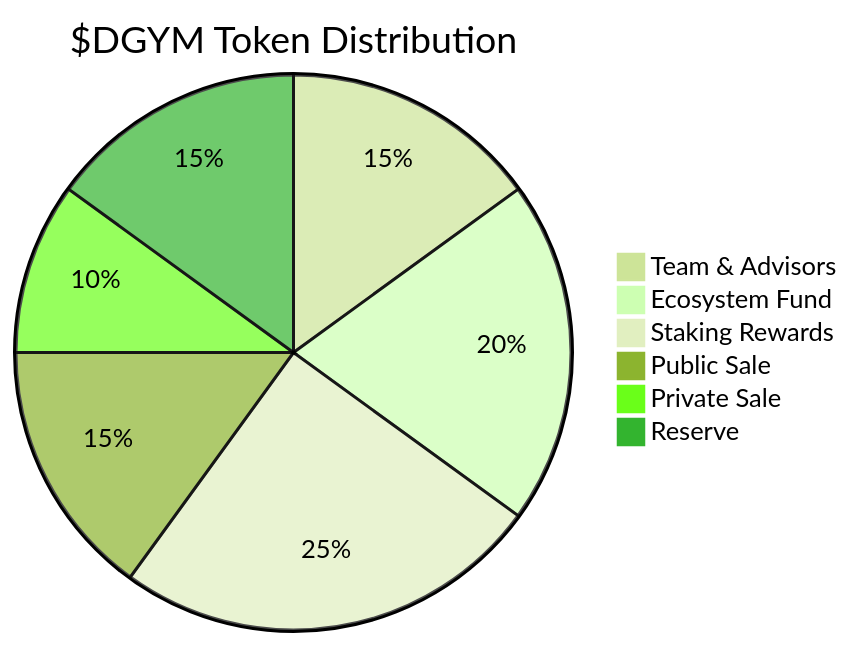
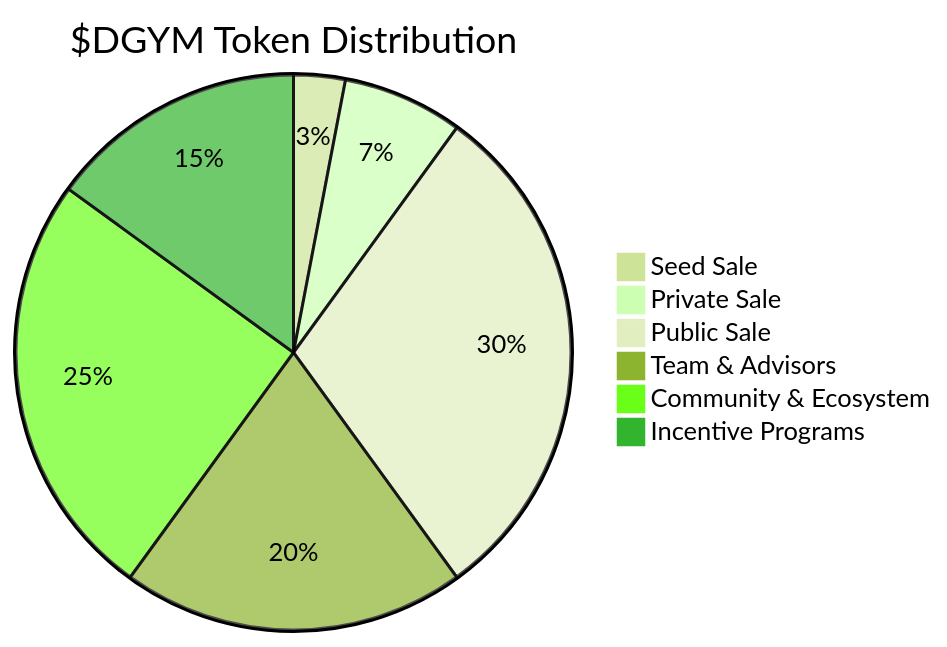
Before and after one commit to DeGym/documentation: the diagram in gym-dao/usddgym-tokenomics.md, drawn with Mermaid. The commit also changed other lines of this file and 1 other file, not shown here.

````diff
--- a/gym-dao/usddgym-tokenomics.md
+++ b/gym-dao/usddgym-tokenomics.md
@@ -19,12 +29,13 @@
 ```mermaid
 %%{init: {'theme': 'forest'}}%%
 
-pie
-    title $DGYM Token Distribution
-    "Team & Advisors" : 15
-    "Ecosystem Fund" : 20
-    "Staking Rewards" : 25
-    "Public Sale" : 15
-    "Private Sale" : 10
-    "Reserve" : 15
+pie title $DGYM Token Distribution
+    "Seed Sale" : 3
+    "Private Sale" : 7
+    "Public Sale" : 30
+    "Team & Advisors" : 20
+    "Community & Ecosystem" : 25
+    "Incentive Programs" : 15
+
+
 ```
````
